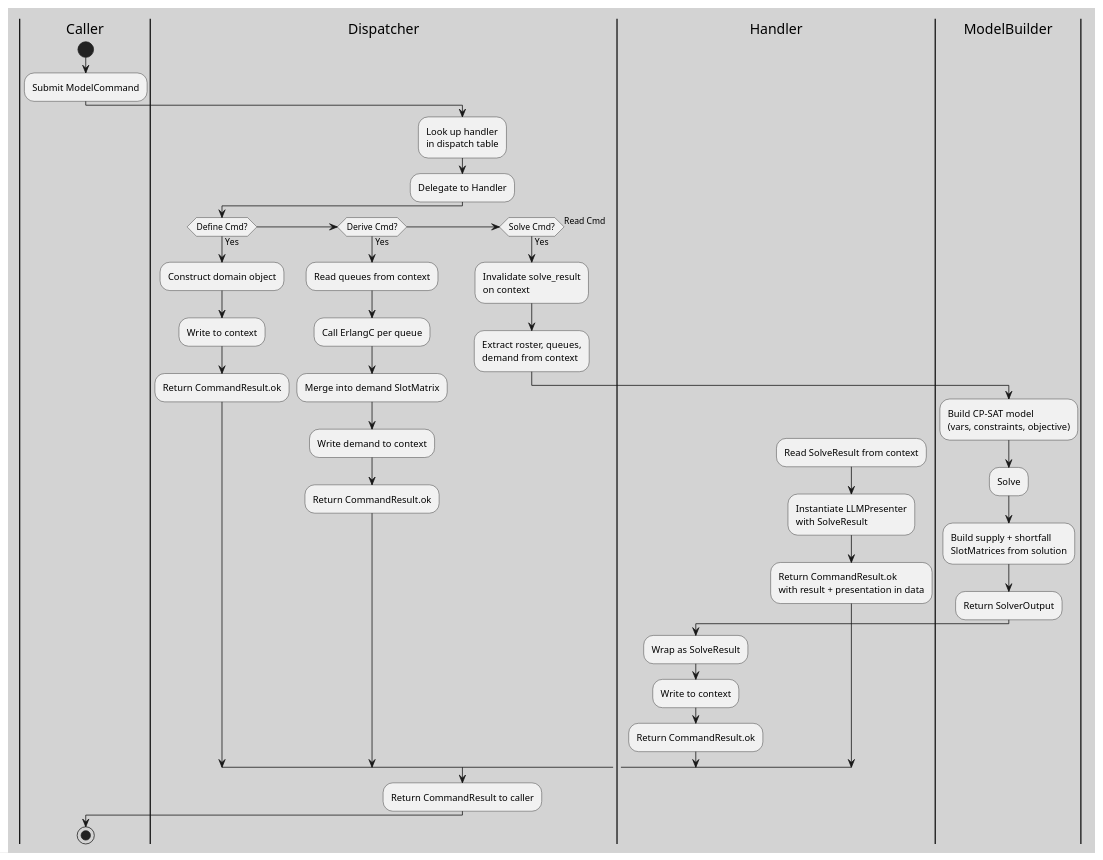
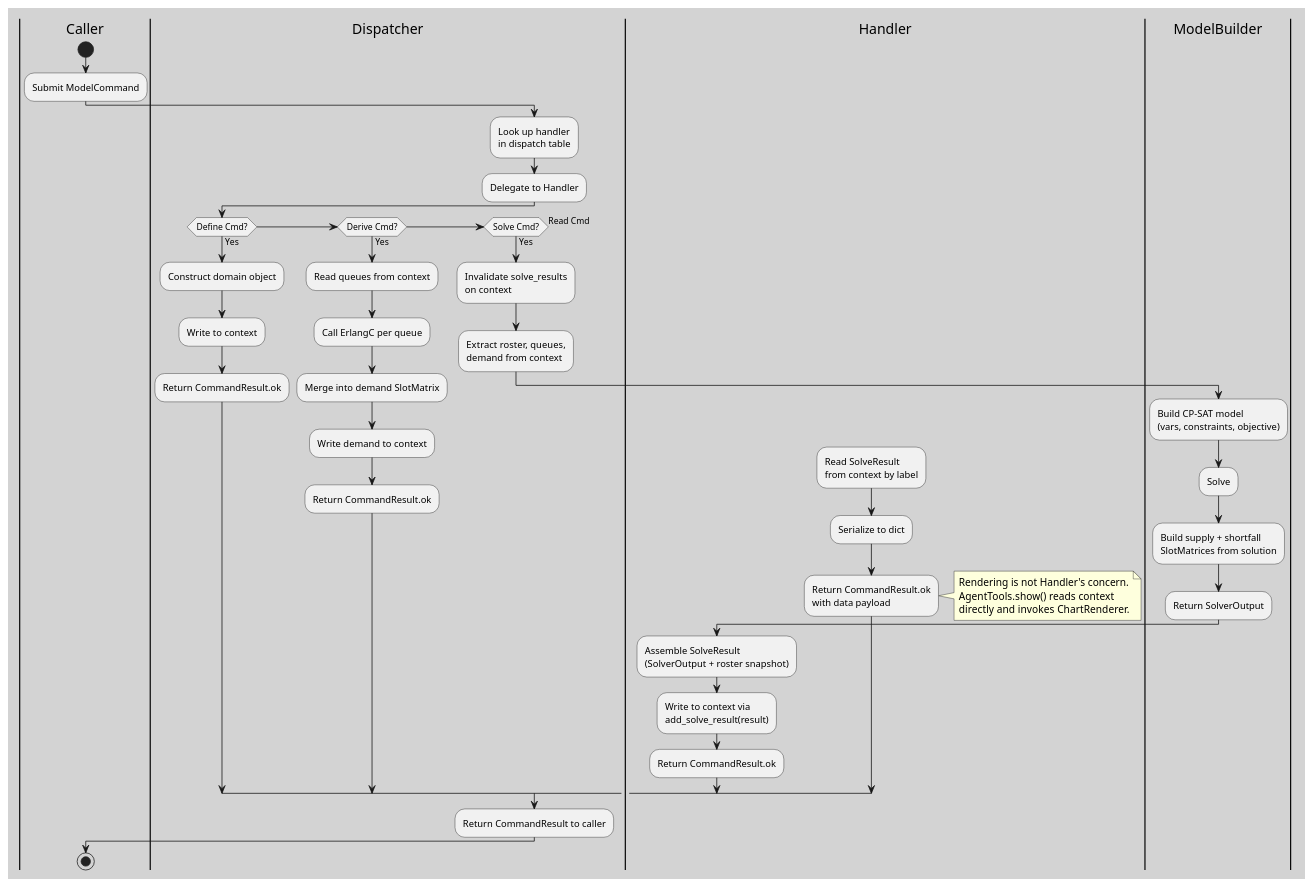
One commit to neon-tetra/schedule-architect changed the diagram in docs/uml/dispatch_activity.puml. Above: the diagram before and after it, drawn with PlantUML. The commit also changed 5 other files, not shown here.

```diff
--- a/docs/uml/dispatch_activity.puml
+++ b/docs/uml/dispatch_activity.puml
@@ -1,58 +1,63 @@
-@startuml engine_activity
+@startuml dispatch_activity
 
 skinparam backgroundColor #D3D3D3
 skinparam defaultFontName Segoe UI
 
 |Caller|
 |Dispatcher|
 |Handler|
 |ModelBuilder|
 
 |Caller|
 start
 :Submit ModelCommand;
 
 |Dispatcher|
 :Look up handler\nin dispatch table;
 :Delegate to Handler;
 
 if (Define Cmd?) then (Yes)
     :Construct domain object;
     :Write to context;
     :Return CommandResult.ok;
 
 else if (Derive Cmd?) then (Yes)
-' this feels weird , erlang being the only derive
     :Read queues from context;
     :Call ErlangC per queue;
     :Merge into demand SlotMatrix;
     :Write demand to context;
     :Return CommandResult.ok;
 
 else if (Solve Cmd?) then (Yes)
-    :Invalidate solve_result\non context;
+    :Invalidate solve_results\non context;
     :Extract roster, queues,\ndemand from context;
     |ModelBuilder|
     :Build CP-SAT model\n(vars, constraints, objective);
     :Solve;
     :Build supply + shortfall\nSlotMatrices from solution;
     :Return SolverOutput;
     |Handler|
-    :Wrap as SolveResult;
-    :Write to context;
+    :Assemble SolveResult\n(SolverOutput + roster snapshot);
+    :Write to context via\nadd_solve_result(result);
     :Return CommandResult.ok;
 
 else (Read Cmd)
-    :Read SolveResult from context;
-    :Instantiate LLMPresenter\nwith SolveResult;
-    :Return CommandResult.ok\nwith result + presentation in data;
+    :Read SolveResult\nfrom context by label;
+    :Serialize to dict;
+    :Return CommandResult.ok\nwith data payload;
+
+    note right
+      Rendering is not Handler's concern.
+      AgentTools.show() reads context
+      directly and invokes ChartRenderer.
+    end note
 
 endif
 
 |Dispatcher|
 :Return CommandResult to caller;
 
 |Caller|
 stop
 
 @enduml
```
